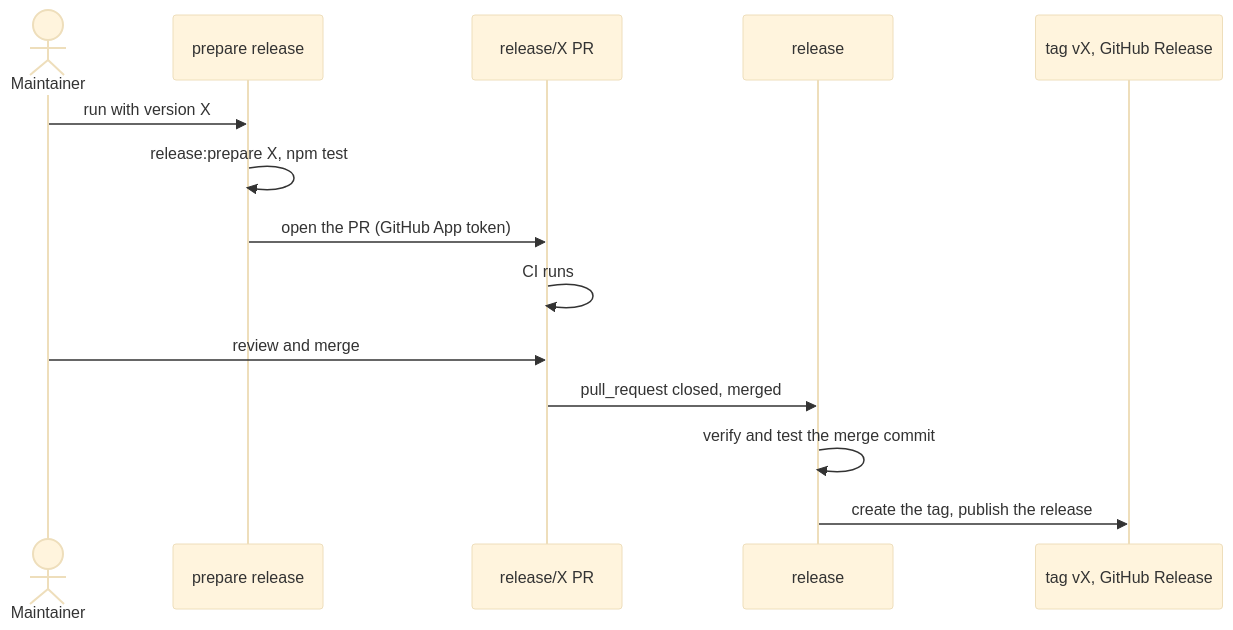
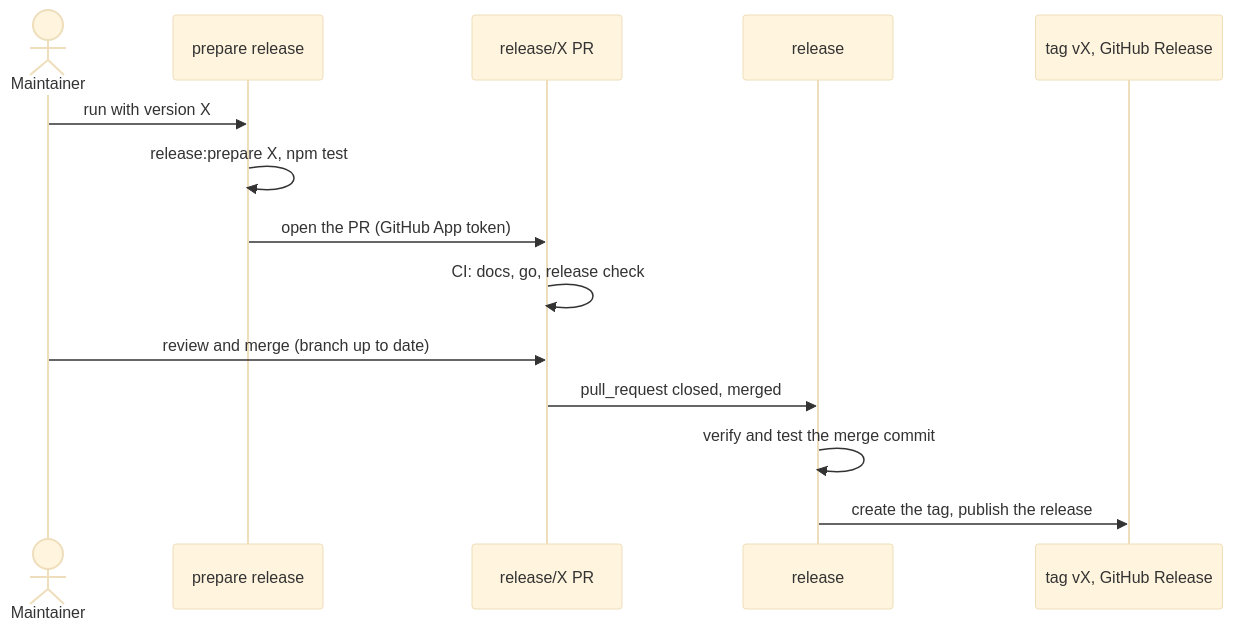
The first of 2 diagrams in README.md (throw-if-null/coral), drawn with Mermaid (base theme) before and after one commit. The commit also changed other lines of this file and 9 other files, not shown here.

````diff
--- a/README.md
+++ b/README.md
@@ -371,16 +376,16 @@
 ```mermaid
 sequenceDiagram
     actor M as Maintainer
     participant P as prepare release
     participant R as release/X PR
     participant W as release
     participant G as tag vX, GitHub Release
     M->>P: run with version X
     P->>P: release:prepare X, npm test
     P->>R: open the PR (GitHub App token)
-    R->>R: CI runs
-    M->>R: review and merge
+    R->>R: CI: docs, go, release check
+    M->>R: review and merge (branch up to date)
     R->>W: pull_request closed, merged
     W->>W: verify and test the merge commit
     W->>G: create the tag, publish the release
 ```
````
